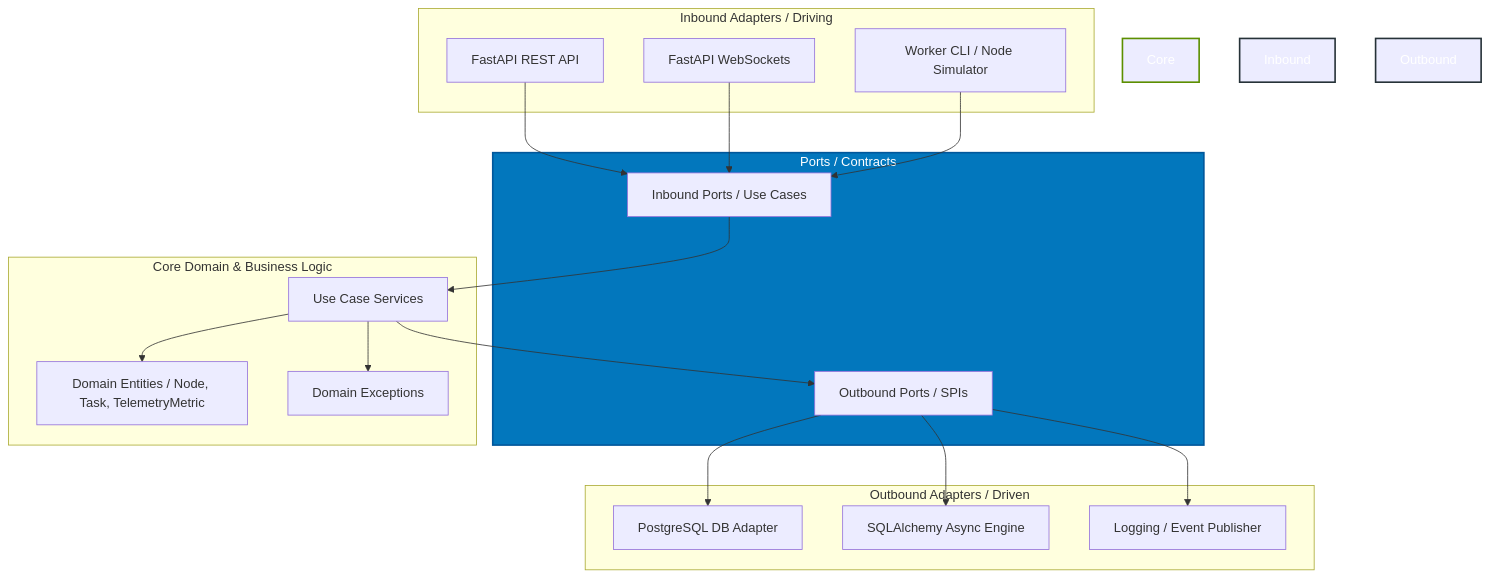
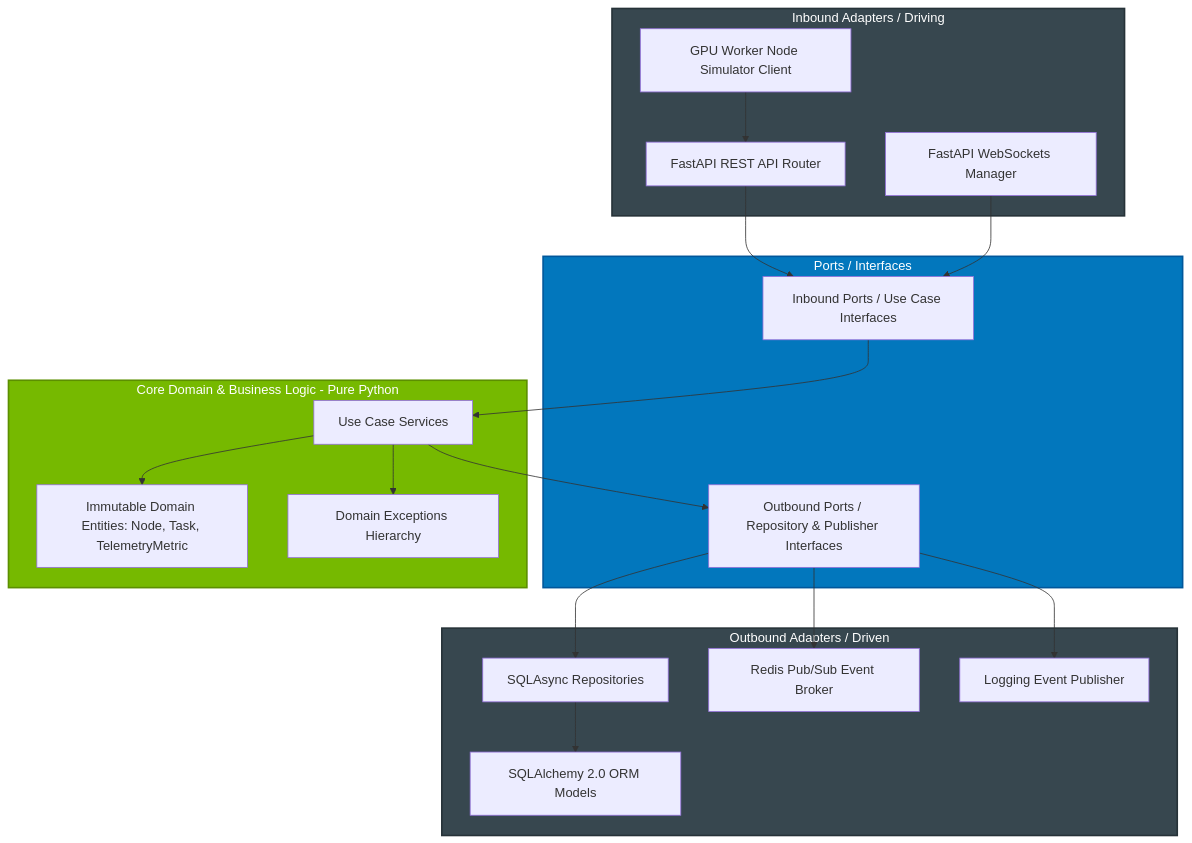
One commit to Casta2007-ccs/gpu-fleet-commander changed the diagram in README.md. Above: the diagram before and after it, drawn with Mermaid. The commit also changed other lines of this file, not shown here.

Commit message:
docs: expand and enhance README with complete architecture, security, docker, and API specs

````diff
--- a/README.md
+++ b/README.md
@@ -89,50 +97,51 @@
 ```mermaid
 graph TD
     %% Inbound Adapters (Driving)
-    subgraph Inbound Adapters [Inbound Adapters / Driving]
-        API[FastAPI REST API]
-        WS[FastAPI WebSockets]
-        CLI[Worker CLI / Node Simulator]
+    subgraph Inbound [Inbound Adapters / Driving]
+        API[FastAPI REST API Router]
+        WS[FastAPI WebSockets Manager]
+        Sim[GPU Worker Node Simulator Client]
     end
 
-    %% Ports
-    subgraph Ports [Ports / Contracts]
-        IPorts[Inbound Ports / Use Cases]
-        OPorts[Outbound Ports / SPIs]
+    %% Ports Layer
+    subgraph Ports [Ports / Interfaces]
+        IPorts[Inbound Ports / Use Case Interfaces]
+        OPorts[Outbound Ports / Repository & Publisher Interfaces]
     end
 
-    %% Core Domain
-    subgraph Core Domain [Core Domain & Business Logic]
+    %% Core Domain Layer
+    subgraph Core [Core Domain & Business Logic - Pure Python]
         Services[Use Case Services]
-        Entities[Domain Entities / Node, Task, TelemetryMetric]
-        Exceptions[Domain Exceptions]
+        Entities[Immutable Domain Entities: Node, Task, TelemetryMetric]
+        Exceptions[Domain Exceptions Hierarchy]
     end
 
     %% Outbound Adapters (Driven)
-    subgraph Outbound Adapters [Outbound Adapters / Driven]
-        DB[PostgreSQL DB Adapter]
-        TS[SQLAlchemy Async Engine]
-        Events[Logging / Event Publisher]
+    subgraph Outbound [Outbound Adapters / Driven]
+        DB[SQLAsync Repositories]
+        ORM[SQLAlchemy 2.0 ORM Models]
+        Redis[Redis Pub/Sub Event Broker]
+        Log[Logging Event Publisher]
     end
 
-    %% Dependency Arrows
+    %% Dependencies
     API --> IPorts
     WS --> IPorts
-    CLI --> IPorts
+    Sim --> API
     
     IPorts --> Services
     Services --> Entities
     Services --> Exceptions
-    
     Services --> OPorts
     
     OPorts --> DB
-    OPorts --> TS
-    OPorts --> Events
+    DB --> ORM
+    OPorts --> Redis
+    OPorts --> Log
 
     %% Styling
-    style Core Domain fill:#76b900,stroke:#5c8f00,stroke-width:2px,color:#fff
+    style Core fill:#76b900,stroke:#5c8f00,stroke-width:2px,color:#fff
     style Ports fill:#0277bd,stroke:#01579b,stroke-width:2px,color:#fff
-    style Inbound Adapters fill:#37474f,stroke:#263238,stroke-width:2px,color:#fff
-    style Outbound Adapters fill:#37474f,stroke:#263238,stroke-width:2px,color:#fff
+    style Inbound fill:#37474f,stroke:#263238,stroke-width:2px,color:#fff
+    style Outbound fill:#37474f,stroke:#263238,stroke-width:2px,color:#fff
 ```
````
